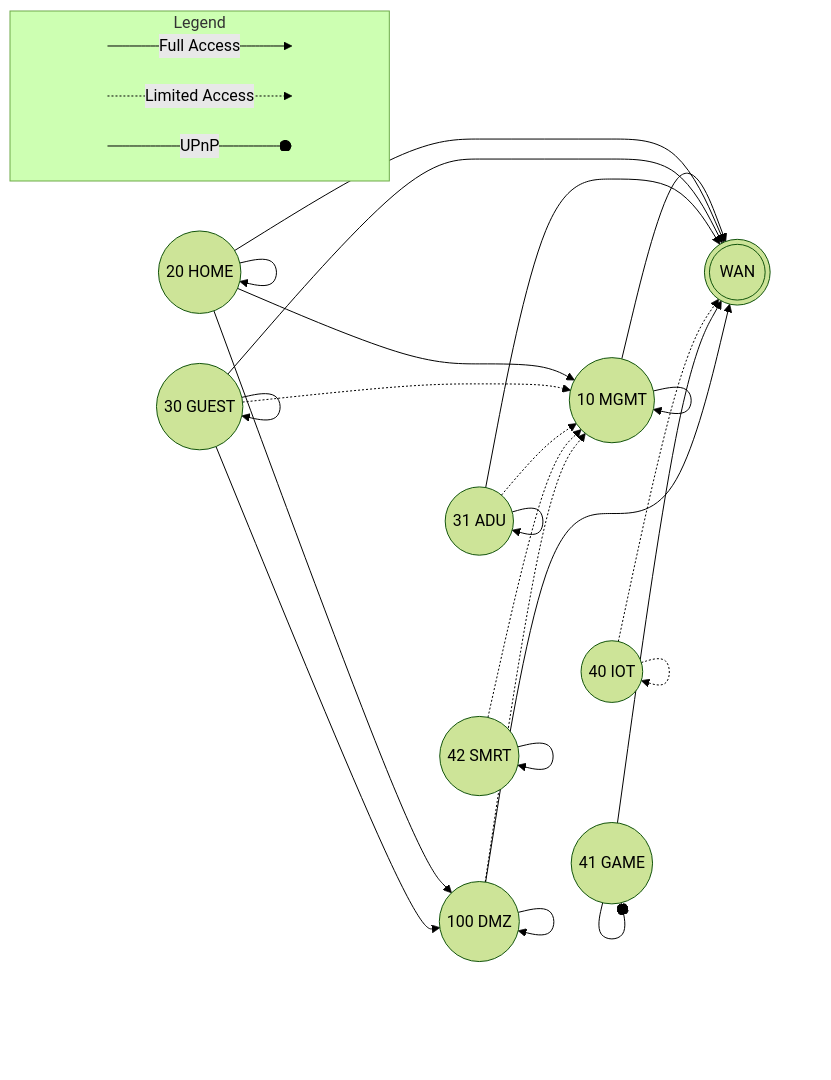
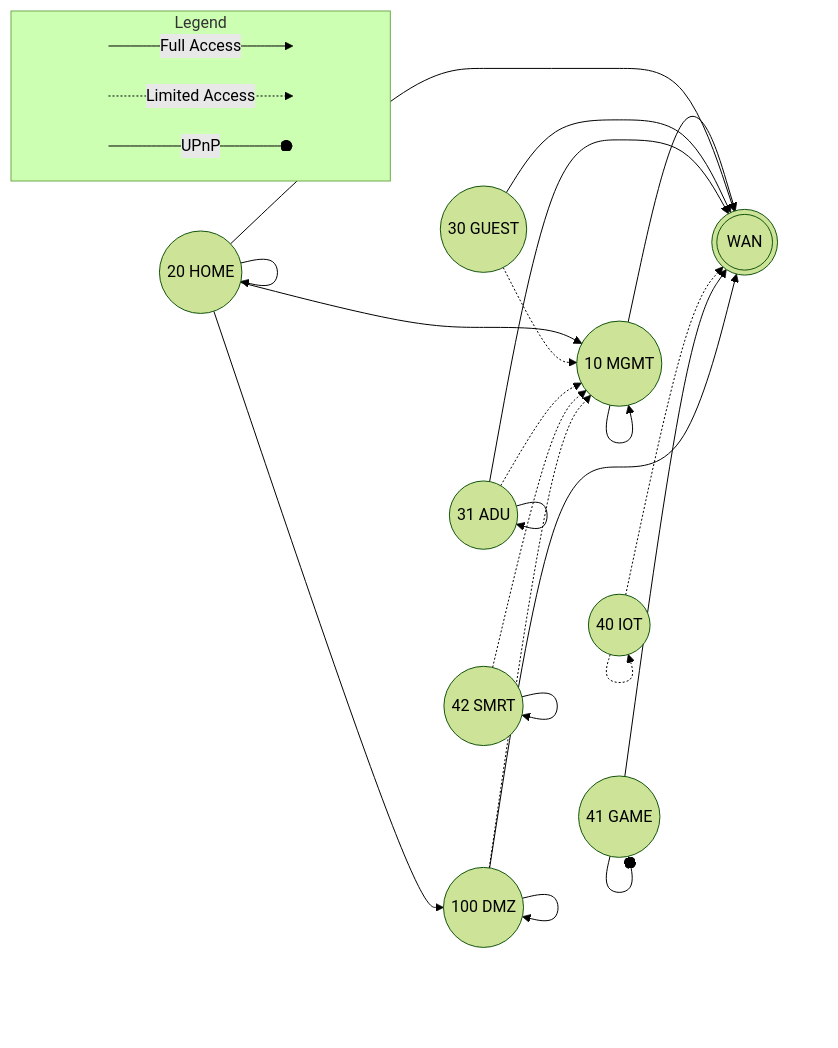
Before and after one commit to mutantmell/dotfiles: the diagram in common/network/readme.md, drawn with Mermaid (forest theme).

Commit message:
GUEST should be locked down from more

````diff
--- a/common/network/readme.md
+++ b/common/network/readme.md
@@ -3,47 +3,45 @@
 ```mermaid
 flowchart LR
   subgraph Legend
     direction LR
 	src1[ ] -->|Full Access| snk1[ ]
 	style src1 height:0px;
 	style snk1 height:0px;
 	src2[ ] -.->|Limited Access| snk2[ ]
 	style src2 height:0px;
 	style snk2 height:0px;	
 	src3[ ] --o|UPnP| snk3[ ]
 	style src3 height:0px;
 	style snk3 height:0px;		
   end
 
   WAN(((WAN)))
 
   MGMT((10 MGMT)) --> MGMT
   MGMT --> WAN
 
   HOME((20 HOME)) --> HOME
   HOME --> WAN
   HOME --> MGMT
   HOME --> DMZ
 
-  GUEST((30 GUEST)) --> GUEST
-  GUEST --> WAN
+  GUEST((30 GUEST)) --> WAN
   GUEST -.-> MGMT
-  GUEST --> DMZ
 
   ADU((31 ADU)) --> ADU
   ADU --> WAN
   ADU -.-> MGMT
   
   IOT((40 IOT)) -.-> IOT
   IOT -.-> WAN
 
   GAME((41 GAME)) --o GAME
   GAME --> WAN
 
   SMRT((42 SMRT)) --> SMRT
   SMRT((42 SMRT)) -.-> MGMT
   
   DMZ((100 DMZ)) --> DMZ
   DMZ -.-> MGMT
   DMZ --> WAN
   ```
````
